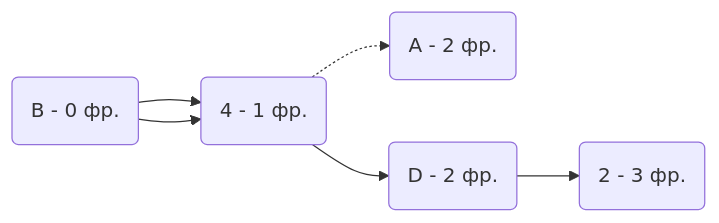
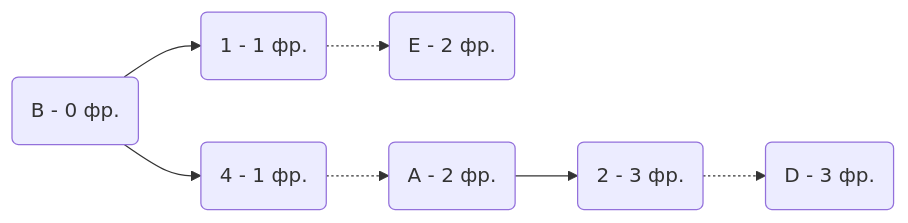
One commit to HSE-algo-23-crow/manual_tasks changed the fifth of 9 diagrams in task_13/gigacode_task_13.md. Above: the diagram before and after it, drawn with Mermaid. The commit also changed other lines of this file, not shown here.

````diff
--- a/task_13/gigacode_task_13.md
+++ b/task_13/gigacode_task_13.md
@@ -107,5 +163,5 @@
 ```mermaid
 graph LR
-    B(B - 0 фр.)  --> 4(4 - 1 фр.) -.-> A(A - 2 фр.)
-    B(B - 0 фр.)  --> 4(4 - 1 фр.) --> D(D - 2 фр.) --> 2(2 - 3 фр.)
+    B(B - 0 фр.)  --> 1(1 - 1 фр.) -.-> E(E - 2 фр.)
+    B(B - 0 фр.)  --> 4(4 - 1 фр.) -.-> A(A - 2 фр.) --> 2(2 - 3 фр.) -.-> D(D - 3 фр.)
 ```
````
